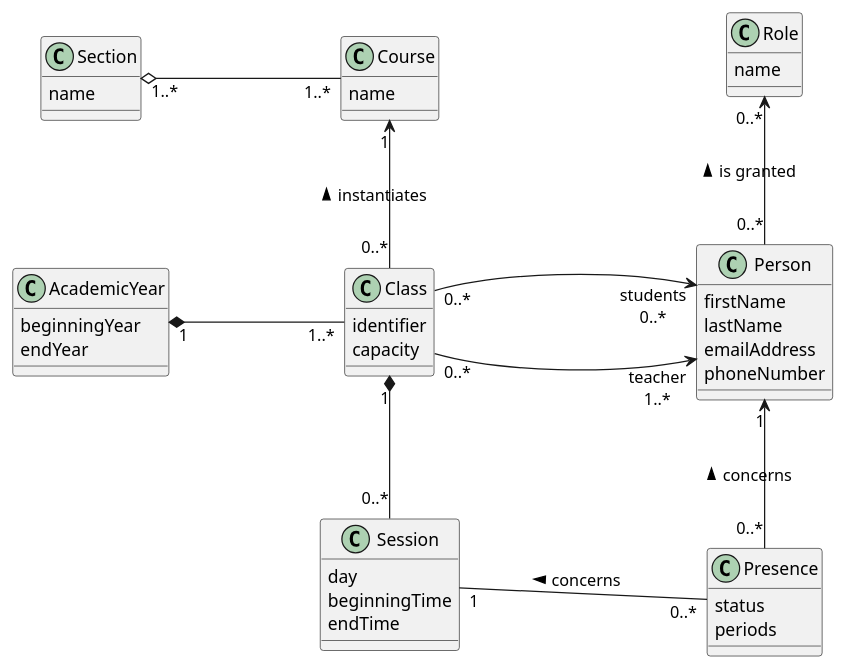
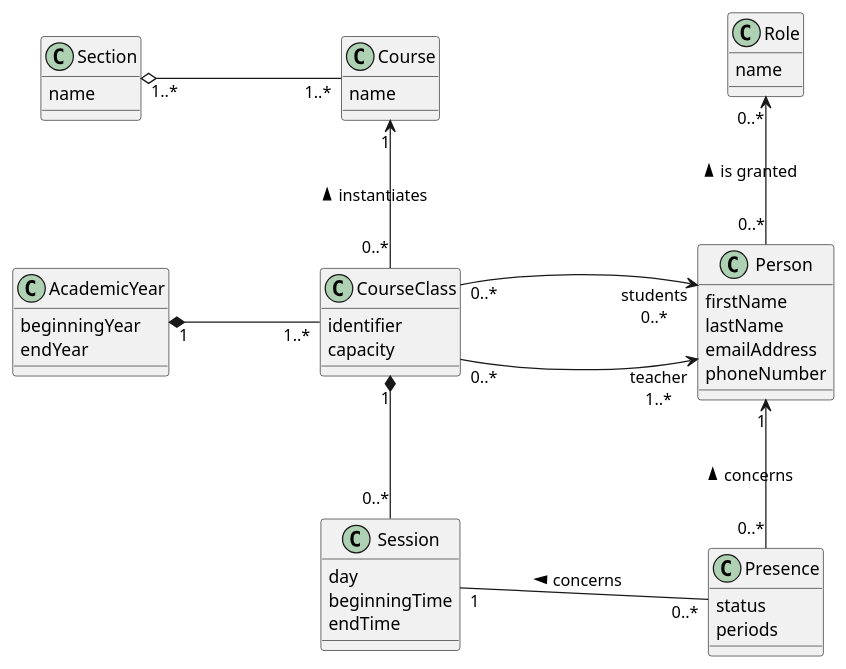
One commit to EAFC-Uccle-PROJINT-A1-2122/backend-projet-froland changed the fourth of 12 diagrams in demo-course_attendance.puml. Above: the diagram before and after it, drawn with PlantUML. The commit also changed 5 other files, not shown here.

```diff
--- a/demo-course_attendance.puml
+++ b/demo-course_attendance.puml
@@ -44,49 +44,49 @@
 @startuml conception_classes
 left to right direction
 skinparam nodesep 100
 skinparam ranksep 120
 
 class Section {
   name
 }
 class Person {
   firstName
   lastName
   emailAddress
   phoneNumber
 }
 class Course {
   name
 }
-class Class {
+class CourseClass {
   identifier
   capacity
 }
 class Session {
   day
   beginningTime
   endTime
 }
 class Presence {
   status
   periods
 }
 class AcademicYear {
   beginningYear
   endYear
 }
 
 class Role {
   name
 }
 
 Section "1..*" o-- "1..*" Course
-Course "1" <- "0..*" Class : instantiates <
-AcademicYear "1" *-- "1..*" Class
-Class "0..*" --> "teacher\n1..*" Person
-Class "0..*" --> "students\n0..*" Person
-Class "1" *- "0..*" Session
+Course "1" <- "0..*" CourseClass : instantiates <
+AcademicYear "1" *-- "1..*" CourseClass
+CourseClass "0..*" --> "teacher\n1..*" Person
+CourseClass "0..*" --> "students\n0..*" Person
+CourseClass "1" *- "0..*" Session
 Role "0..*" <- "0..*" Person : is granted <
 Person "1" <- "0..*" Presence : concerns <
 Session "1" -- "0..*" Presence : concerns <
 @enduml
```
